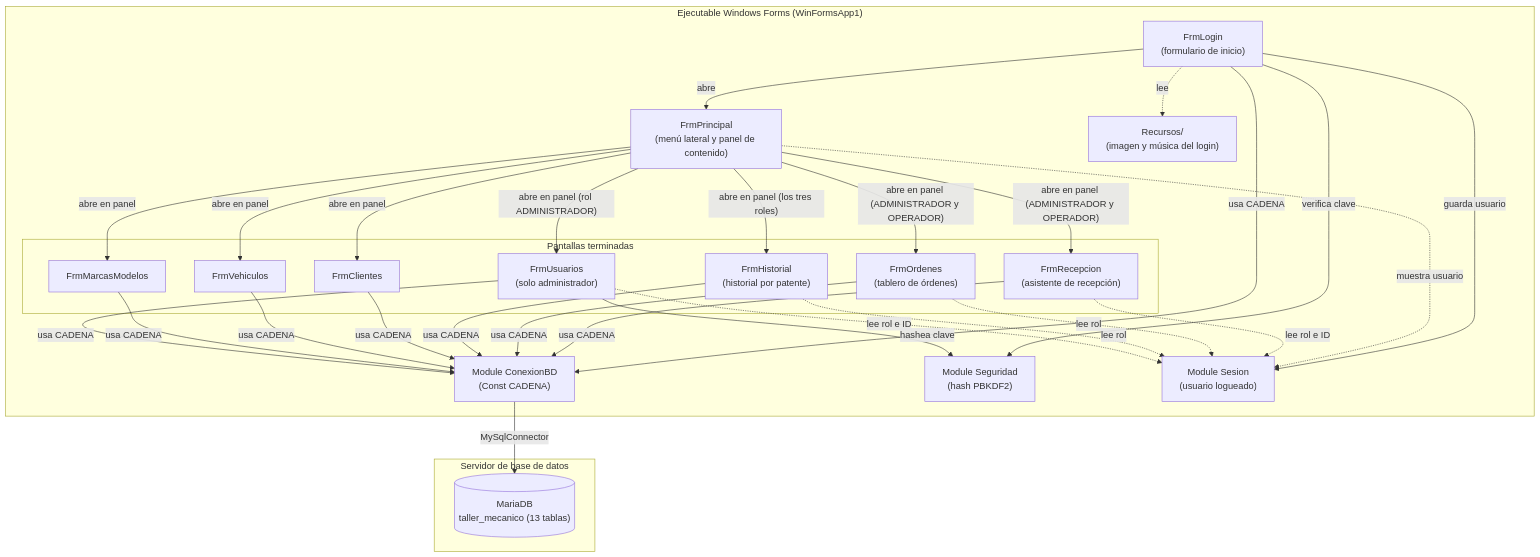
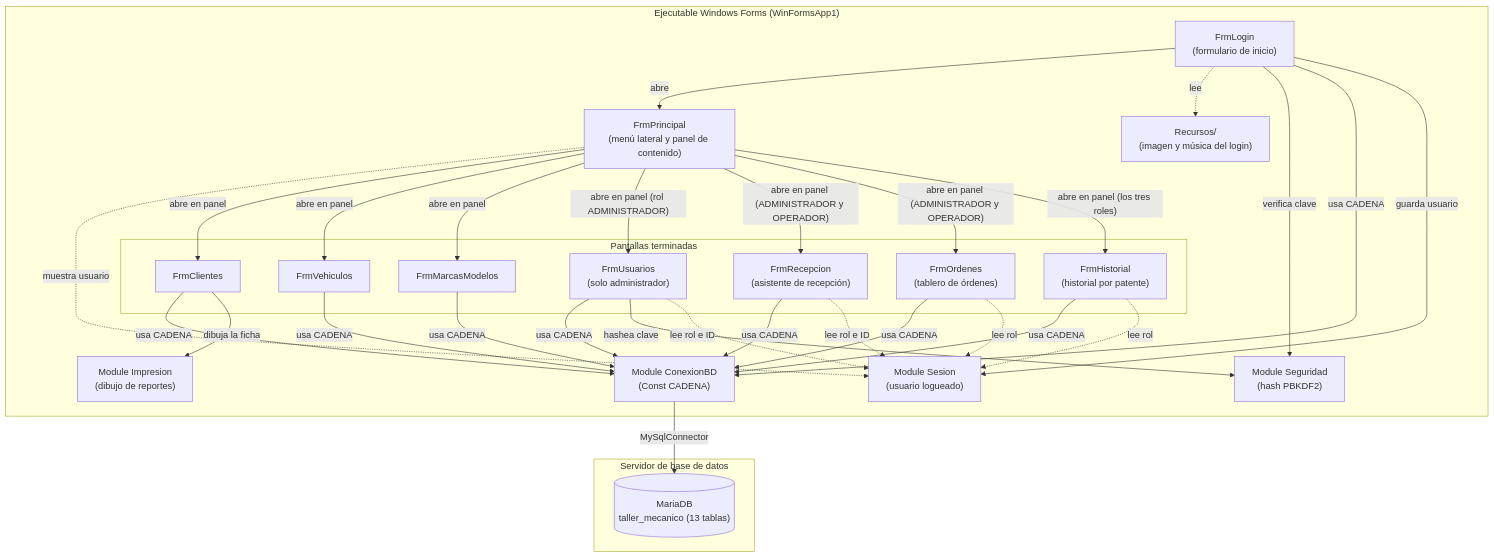
One commit to MedinaLucas1996/taller-mecanico changed the diagram in README.md. Above: the diagram before and after it, drawn with Mermaid. The commit also changed other lines of this file and 3 other files, not shown here.

````diff
--- a/README.md
+++ b/README.md
@@ -149,51 +164,53 @@
 ```mermaid
 graph TD
     subgraph Cliente["Ejecutable Windows Forms (WinFormsApp1)"]
         Login["FrmLogin<br/>(formulario de inicio)"]
         Principal["FrmPrincipal<br/>(menú lateral y panel de contenido)"]
         subgraph Pantallas["Pantallas terminadas"]
             Clientes["FrmClientes"]
             Vehiculos["FrmVehiculos"]
             Marcas["FrmMarcasModelos"]
             Usuarios["FrmUsuarios<br/>(solo administrador)"]
             Recepcion["FrmRecepcion<br/>(asistente de recepción)"]
             Ordenes["FrmOrdenes<br/>(tablero de órdenes)"]
             Historial["FrmHistorial<br/>(historial por patente)"]
         end
         Conexion["Module ConexionBD<br/>(Const CADENA)"]
         Seguridad["Module Seguridad<br/>(hash PBKDF2)"]
         Sesion["Module Sesion<br/>(usuario logueado)"]
+        Impresion["Module Impresion<br/>(dibujo de reportes)"]
         Recursos["Recursos/<br/>(imagen y música del login)"]
     end
 
     subgraph Datos["Servidor de base de datos"]
         DB[("MariaDB<br/>taller_mecanico (13 tablas)")]
     end
 
     Login -->|"abre"| Principal
     Login -.->|"lee"| Recursos
     Login -->|"verifica clave"| Seguridad
     Login -->|"usa CADENA"| Conexion
     Login -->|"guarda usuario"| Sesion
     Principal -.->|"muestra usuario"| Sesion
     Principal -->|"abre en panel"| Clientes
     Principal -->|"abre en panel"| Vehiculos
     Principal -->|"abre en panel"| Marcas
     Principal -->|"abre en panel (rol ADMINISTRADOR)"| Usuarios
     Principal -->|"abre en panel (ADMINISTRADOR y OPERADOR)"| Recepcion
     Principal -->|"abre en panel (ADMINISTRADOR y OPERADOR)"| Ordenes
     Recepcion -->|"usa CADENA"| Conexion
     Recepcion -.->|"lee rol e ID"| Sesion
     Ordenes -->|"usa CADENA"| Conexion
     Ordenes -.->|"lee rol"| Sesion
     Principal -->|"abre en panel (los tres roles)"| Historial
     Historial -->|"usa CADENA"| Conexion
     Historial -.->|"lee rol"| Sesion
     Clientes -->|"usa CADENA"| Conexion
+    Clientes -->|"dibuja la ficha"| Impresion
     Vehiculos -->|"usa CADENA"| Conexion
     Marcas -->|"usa CADENA"| Conexion
     Usuarios -->|"usa CADENA"| Conexion
     Usuarios -->|"hashea clave"| Seguridad
     Usuarios -.->|"lee rol e ID"| Sesion
     Conexion -->|"MySqlConnector"| DB
 ```
````
